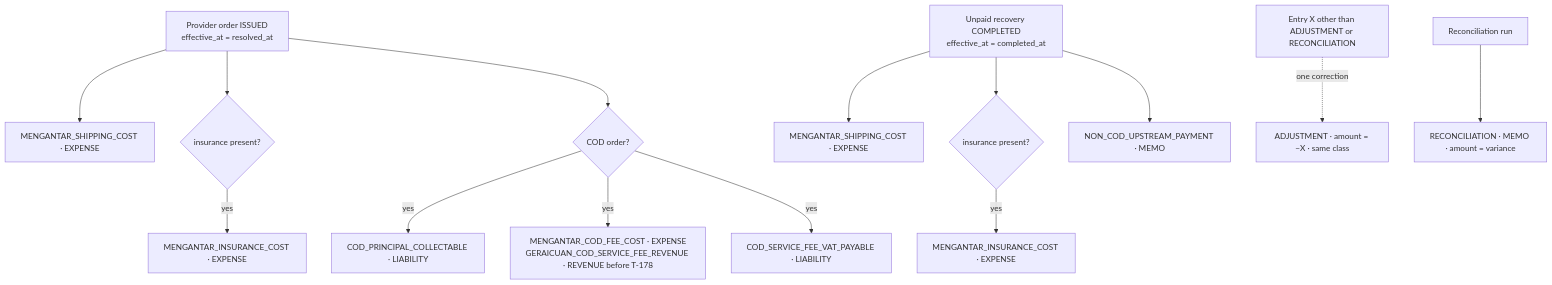
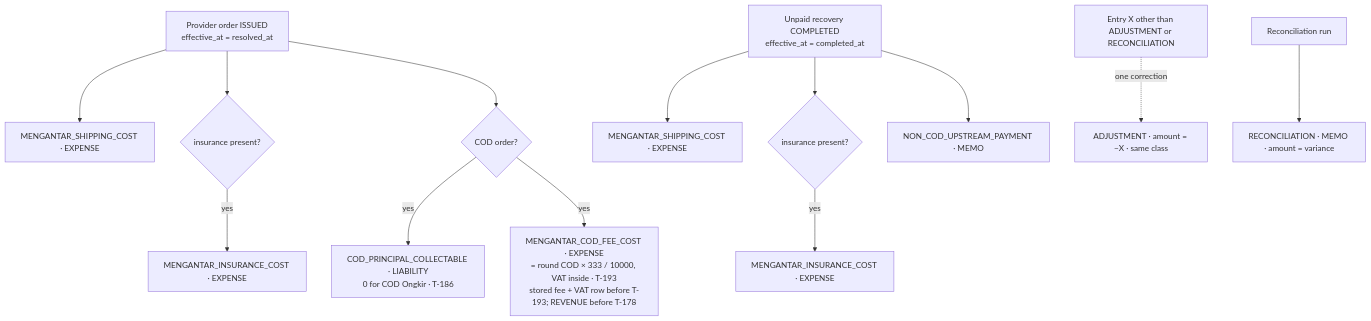
One commit to ongkipro/geraicuan changed the second of 3 diagrams in docs/spec/19-METRICS-ANALYTICS-CONTRACT.md. Above: the diagram before and after it, drawn with Mermaid. The commit also changed other lines of this file and 290 other files, not shown here.

````diff
--- a/docs/spec/19-METRICS-ANALYTICS-CONTRACT.md
+++ b/docs/spec/19-METRICS-ANALYTICS-CONTRACT.md
@@ -314,16 +352,15 @@
 ```mermaid
 flowchart TD
   ISS[Provider order ISSUED<br/>effective_at = resolved_at] --> SC[MENGANTAR_SHIPPING_COST · EXPENSE]
   ISS --> IC{insurance present?}
   IC -- yes --> INS[MENGANTAR_INSURANCE_COST · EXPENSE]
   ISS --> COD{COD order?}
-  COD -- yes --> P[COD_PRINCIPAL_COLLECTABLE · LIABILITY]
-  COD -- yes --> FEE[MENGANTAR_COD_FEE_COST · EXPENSE<br/>GERAICUAN_COD_SERVICE_FEE_REVENUE · REVENUE before T-178]
-  COD -- yes --> VAT[COD_SERVICE_FEE_VAT_PAYABLE · LIABILITY]
+  COD -- yes --> P[COD_PRINCIPAL_COLLECTABLE · LIABILITY<br/>0 for COD Ongkir · T-186]
+  COD -- yes --> FEE[MENGANTAR_COD_FEE_COST · EXPENSE<br/>= round COD × 333 / 10000, VAT inside · T-193<br/>stored fee + VAT row before T-193; REVENUE before T-178]
   REC[Unpaid recovery COMPLETED<br/>effective_at = completed_at] --> SC2[MENGANTAR_SHIPPING_COST · EXPENSE]
   REC --> IC2{insurance present?}
   IC2 -- yes --> INS2[MENGANTAR_INSURANCE_COST · EXPENSE]
   REC --> UP[NON_COD_UPSTREAM_PAYMENT · MEMO]
   ANY[Entry X other than ADJUSTMENT or RECONCILIATION] -. one correction .-> ADJ[ADJUSTMENT · amount = −X · same class]
   RUN[Reconciliation run] --> RM[RECONCILIATION · MEMO · amount = variance]
 ```
````
